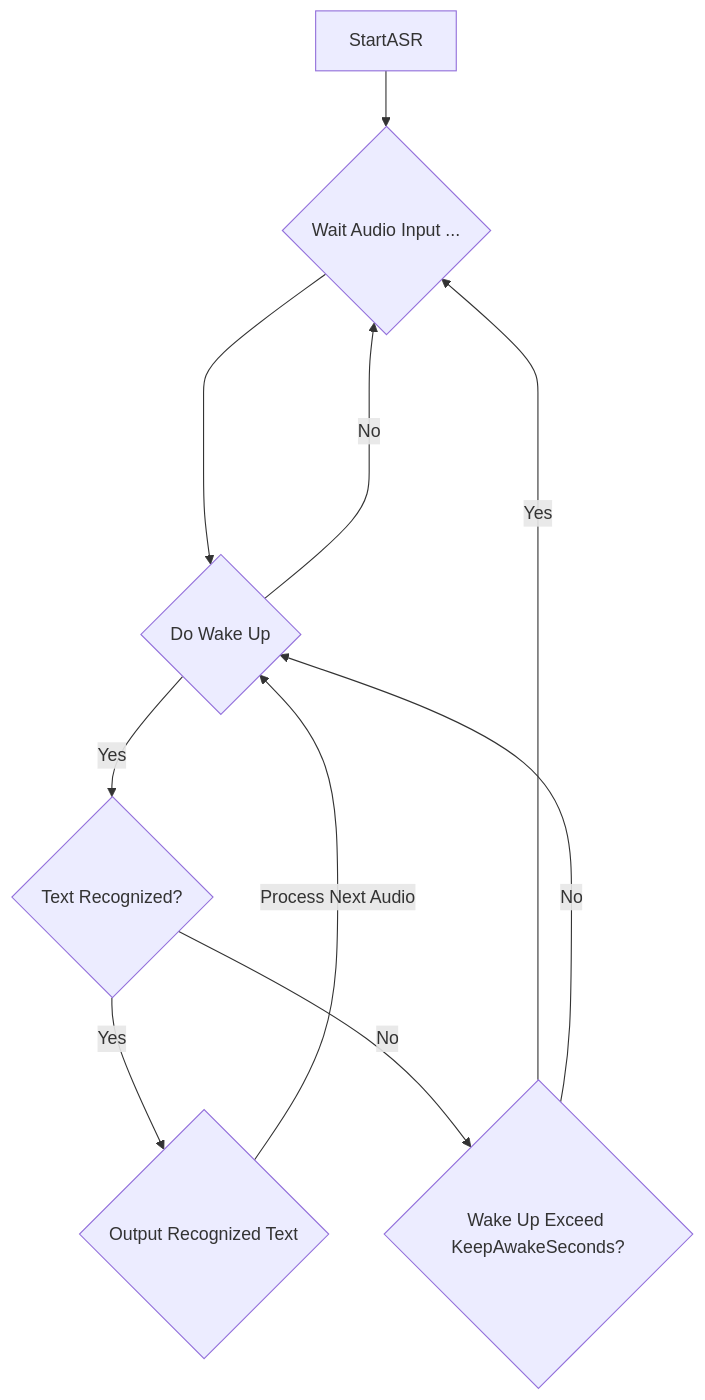
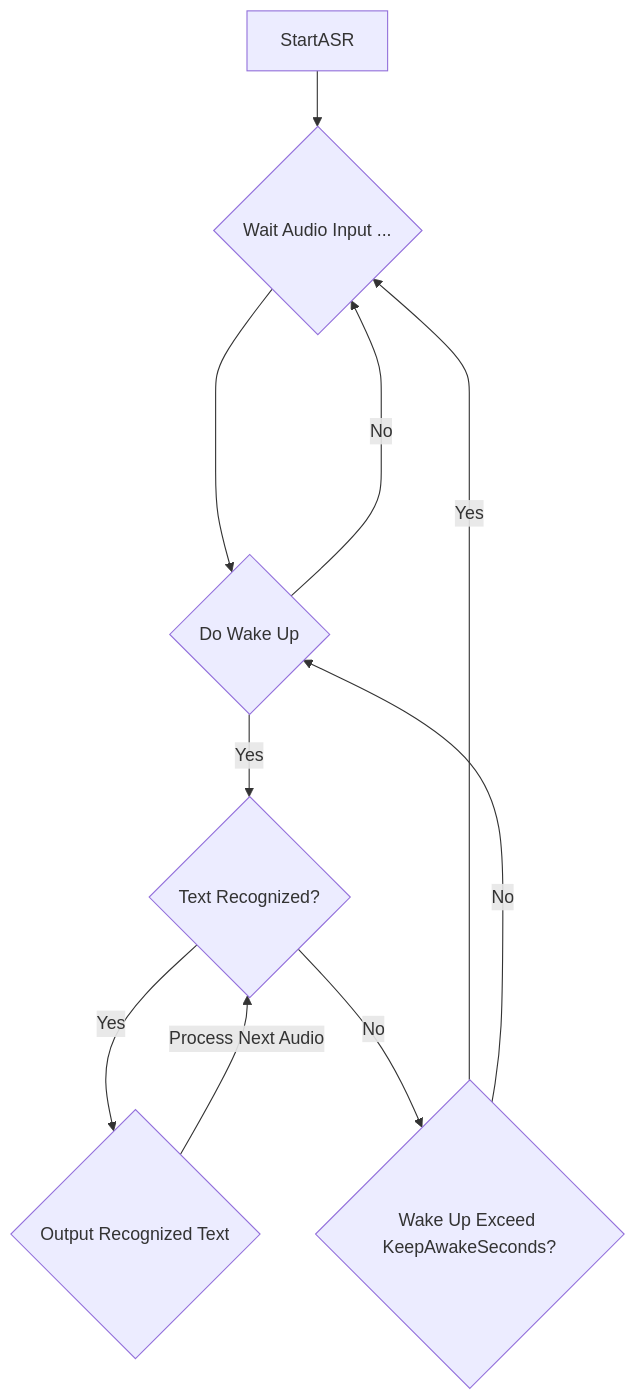
The diagram in docs/speech/wakeup.md (endink/Mediapipe4u-plugin), drawn with Mermaid before and after one commit.

````diff
--- a/docs/speech/wakeup.md
+++ b/docs/speech/wakeup.md
@@ -63,15 +63,15 @@
 ``` mermaid
 graph TD
   A[StartASR] --> B{Wait Audio Input ...};
   B --> C{Do Wake Up};
   C -->|Yes| D{Text Recognized?};
 
   D -->|Yes| E{Output Recognized Text};
-  E -->|Process Next Audio|C
+  E -->|Process Next Audio|D
  
   D -->|No| F{Wake Up Exceed KeepAwakeSeconds?};
   F --> |Yes| B
   F --> |No| C
   
   C ---->|No| B;
 ```
````
